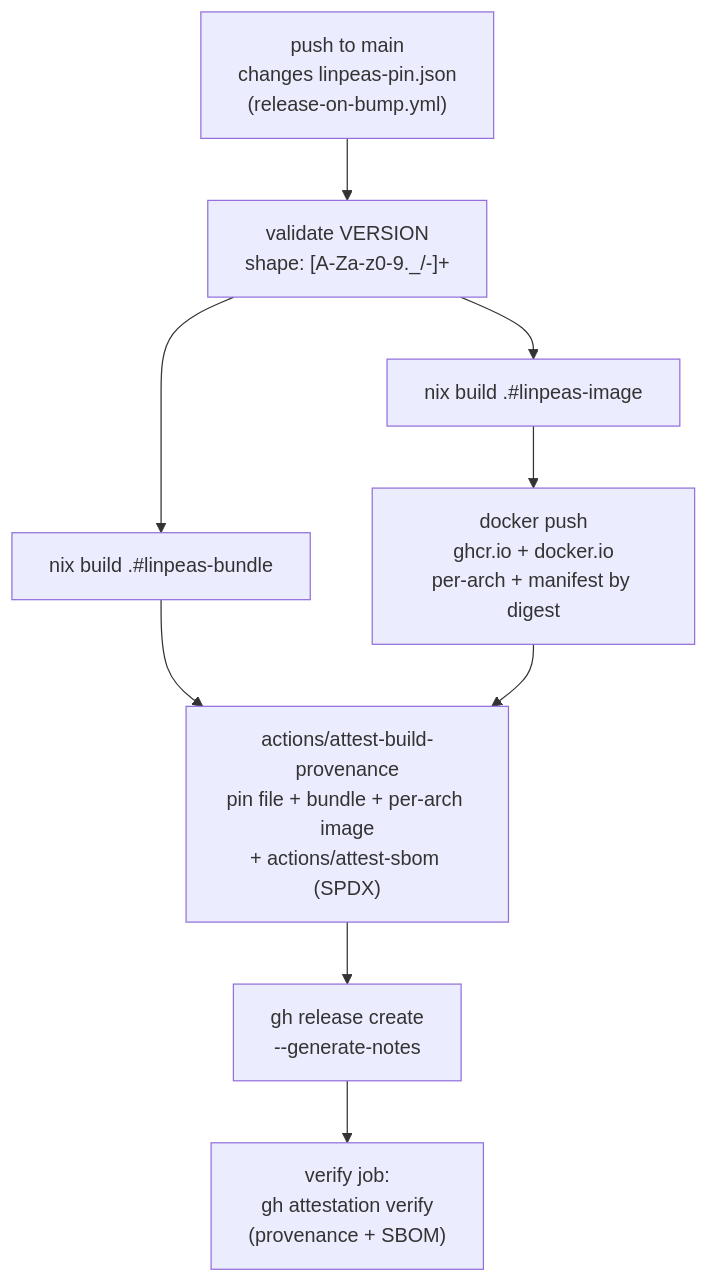
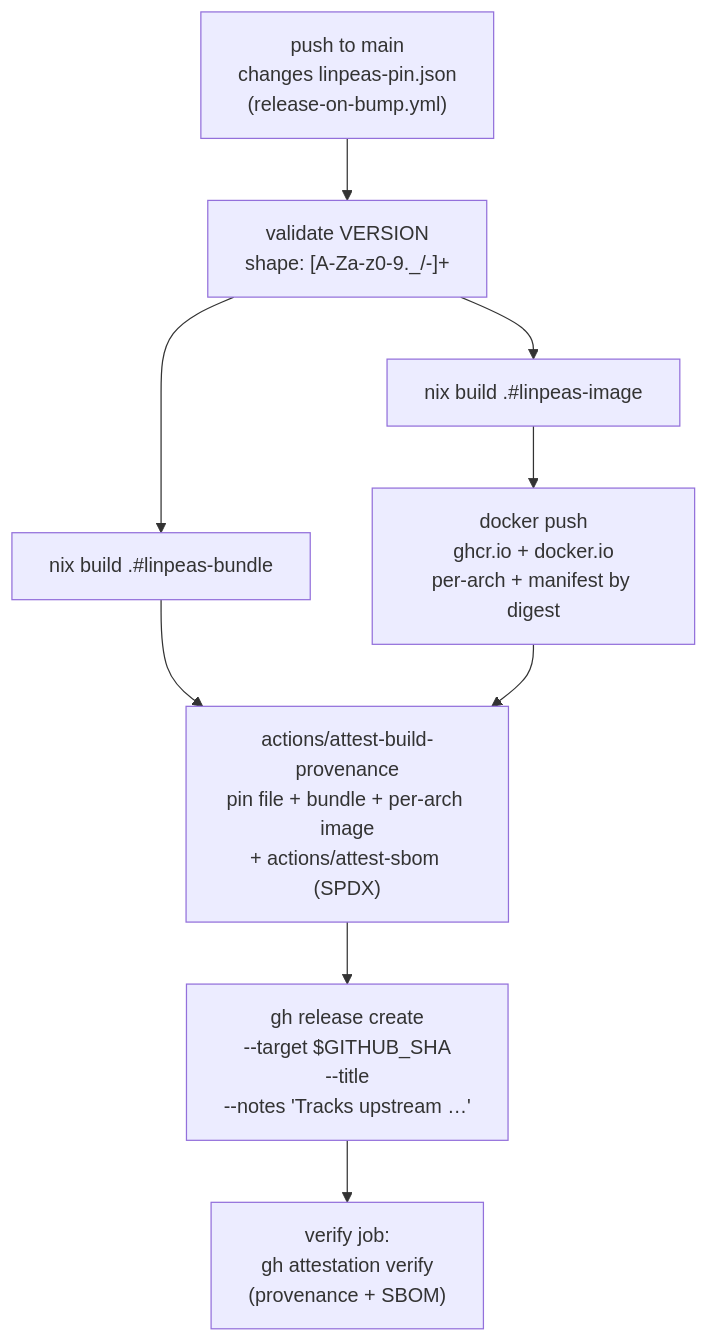
The second of 3 diagrams in docs/architecture/auto-update.md (rvenutolo/linPEAS-flake), drawn with Mermaid before and after one commit.

Commit message:
docs(architecture): correct release-on-bump gh release flags in diagram (#67)
Diagram showed `--generate-notes`; actual workflow uses `--target
$GITHUB_SHA --title <tag> --notes "Tracks upstream ..."`. Sync mermaid
node to match release-on-bump.yml so the auto-update flow doc reflects
the TOCTOU-pinned static-notes implementation.

````diff
--- a/docs/architecture/auto-update.md
+++ b/docs/architecture/auto-update.md
@@ -28,17 +28,17 @@
 ```mermaid
 flowchart TD
   trigger["push to main<br/>changes linpeas-pin.json<br/>(release-on-bump.yml)"]
   validate["validate VERSION<br/>shape: [A-Za-z0-9._/-]+"]
   build_bundle["nix build .#linpeas-bundle"]
   build_image["nix build .#linpeas-image"]
   push_image["docker push<br/>ghcr.io + docker.io<br/>per-arch + manifest by digest"]
   attest["actions/attest-build-provenance<br/>pin file + bundle + per-arch image<br/>+ actions/attest-sbom (SPDX)"]
-  release["gh release create <tag><br/>--generate-notes"]
+  release["gh release create <tag><br/>--target $GITHUB_SHA<br/>--title <tag><br/>--notes 'Tracks upstream …'"]
   verify["verify job:<br/>gh attestation verify<br/>(provenance + SBOM)"]
 
   trigger --> validate --> build_bundle
   validate --> build_image --> push_image
   build_bundle --> attest
   push_image --> attest
   attest --> release --> verify
 ```
````
